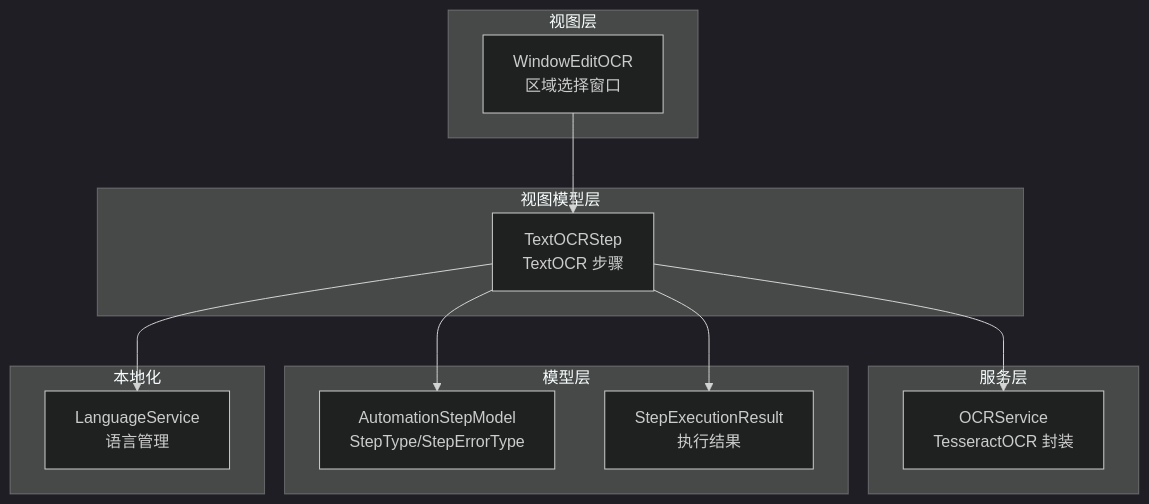
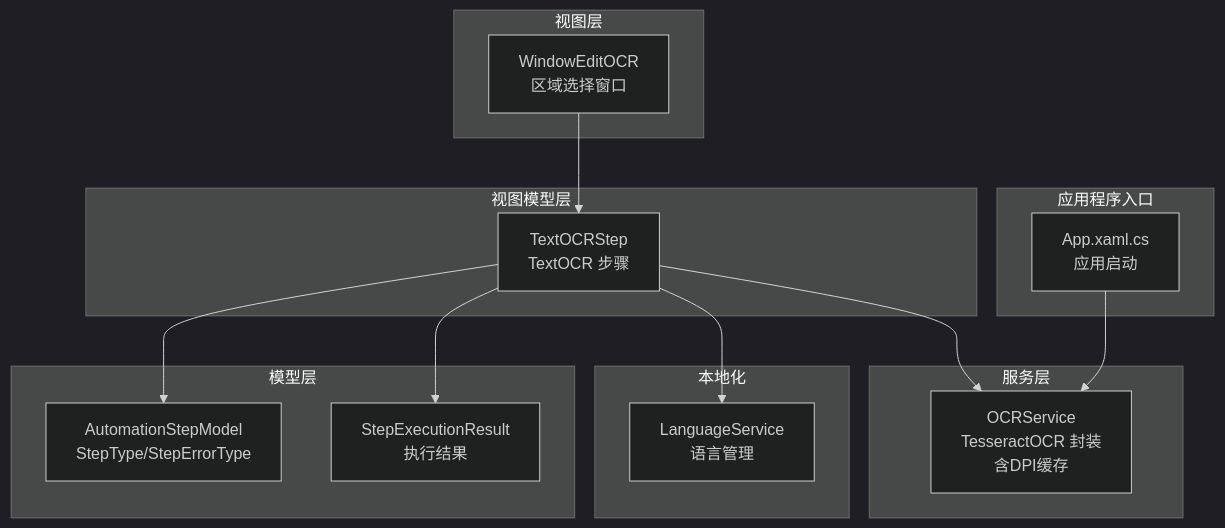
The first of 7 diagrams in .qoder/repowiki/zh/content/图像识别引擎/OCR文字识别.md (yooxii/ShaoLuAuto), drawn with Mermaid (dark theme) before and after one commit. The commit also changed other lines of this file and 45 other files, not shown here.

````diff
--- a/.qoder/repowiki/zh/content/图像识别引擎/OCR文字识别.md
+++ b/.qoder/repowiki/zh/content/图像识别引擎/OCR文字识别.md
@@ -37,24 +48,28 @@
 ```mermaid
 graph TB
+subgraph "应用程序入口"
+APP["App.xaml.cs<br/>应用启动"]
+end
 subgraph "视图层"
 WOC["WindowEditOCR<br/>区域选择窗口"]
 end
 subgraph "视图模型层"
 TOS["TextOCRStep<br/>TextOCR 步骤"]
 end
 subgraph "服务层"
-OCS["OCRService<br/>TesseractOCR 封装"]
+OCS["OCRService<br/>TesseractOCR 封装<br/>含DPI缓存"]
 end
 subgraph "模型层"
 ASM["AutomationStepModel<br/>StepType/StepErrorType"]
 SER["StepExecutionResult<br/>执行结果"]
 end
 subgraph "本地化"
 LGS["LanguageService<br/>语言管理"]
 end
+APP --> OCS
 WOC --> TOS
 TOS --> OCS
 TOS --> LGS
 TOS --> SER
 TOS --> ASM
 ```
````
